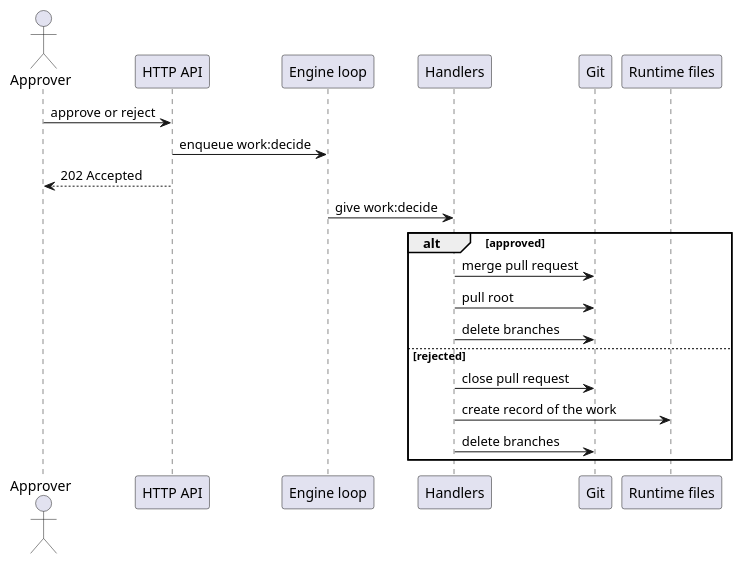
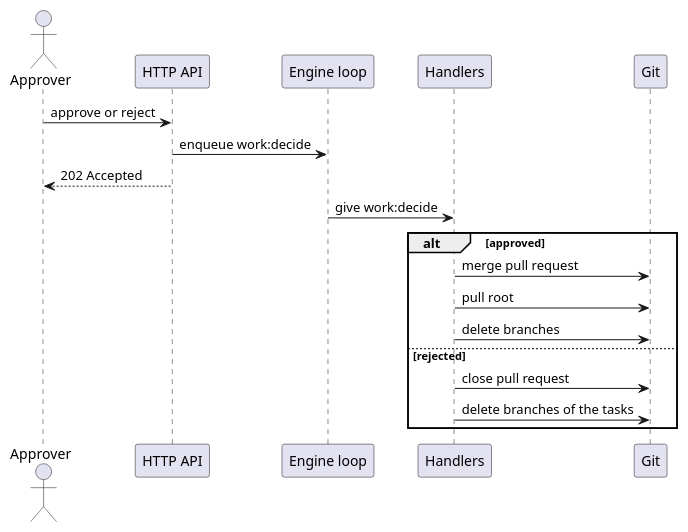
The second of 4 diagrams in docs/06_runtime/action-flow.md (longlh/superteam), drawn with PlantUML before and after one commit. The commit also changed other lines of this file and 18 other files, not shown here.

First line of the commit message:
Keep a work on its branch instead of a record in the runtime storage

````diff
--- a/docs/06_runtime/action-flow.md
+++ b/docs/06_runtime/action-flow.md
@@ -116,24 +114,22 @@
 ```plantuml
 @startuml
 actor Approver
 participant "HTTP API" as API
 participant "Engine loop" as EL
 participant "Handlers" as Handler
 participant Git
-participant "Runtime files" as Runtime
 
 Approver -> API : approve or reject
 API -> EL : enqueue work:decide
 API --> Approver : 202 Accepted
 EL -> Handler : give work:decide
 alt approved
   Handler -> Git : merge pull request
   Handler -> Git : pull root
   Handler -> Git : delete branches
 else rejected
   Handler -> Git : close pull request
-  Handler -> Runtime : create record of the work
-  Handler -> Git : delete branches
+  Handler -> Git : delete branches of the tasks
 end
 @enduml
 ```
````
